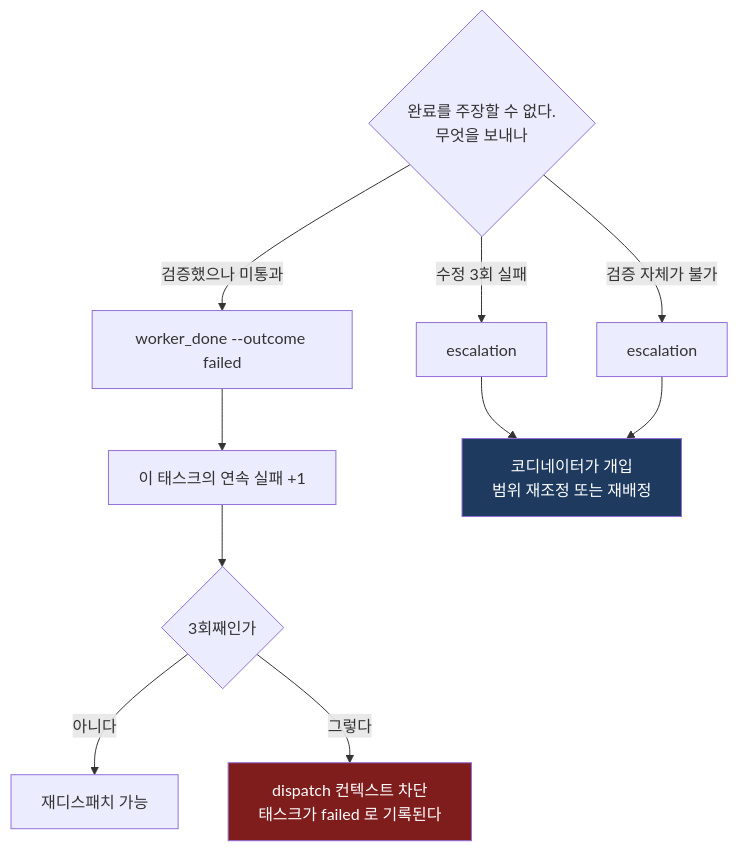
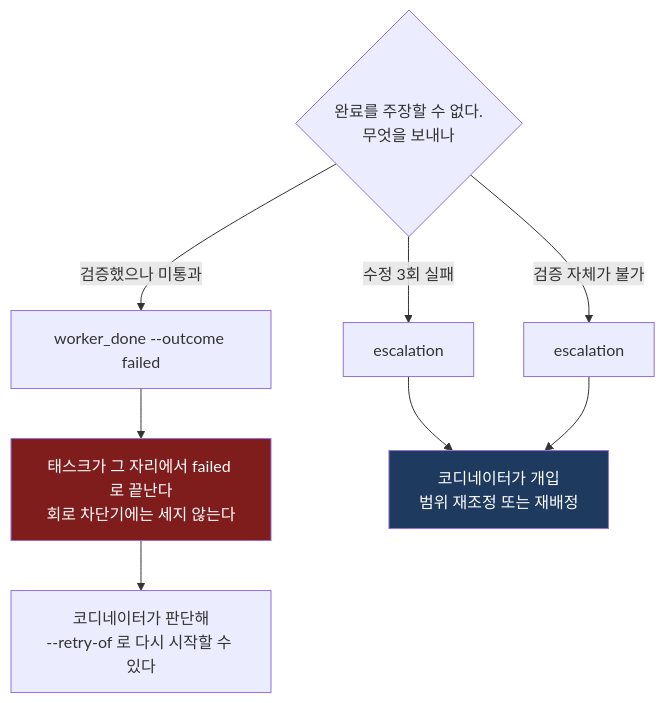
One commit to treeman99/skills changed the third of 3 diagrams in README.md. Above: the diagram before and after it, drawn with Mermaid. The commit also changed other lines of this file and 4 other files, not shown here.

````diff
--- a/README.md
+++ b/README.md
@@ -679,18 +699,16 @@
 ```mermaid
 flowchart TD
     P{"완료를 주장할 수 없다.<br/>무엇을 보내나"}
     P -->|"검증했으나 미통과"| F["worker_done --outcome failed"]
     P -->|"수정 3회 실패"| E1["escalation"]
     P -->|"검증 자체가 불가"| E2["escalation"]
 
-    F --> CNT["이 태스크의 연속 실패 +1"]
-    CNT --> BRK{"3회째인가"}
-    BRK -->|"아니다"| RETRY["재디스패치 가능"]
-    BRK -->|"그렇다"| CUT["dispatch 컨텍스트 차단<br/>태스크가 failed 로 기록된다"]
+    F --> DONE["태스크가 그 자리에서 failed 로 끝난다<br/>회로 차단기에는 세지 않는다"]
+    DONE --> RETRY["코디네이터가 판단해<br/>--retry-of 로 다시 시작할 수 있다"]
 
     E1 --> H["코디네이터가 개입<br/>범위 재조정 또는 재배정"]
     E2 --> H
 
-    style CUT fill:#7f1d1d,color:#fff
+    style DONE fill:#7f1d1d,color:#fff
     style H fill:#1e3a5f,color:#fff
 ```
````
